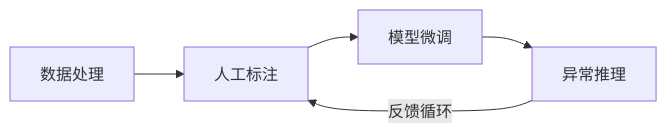
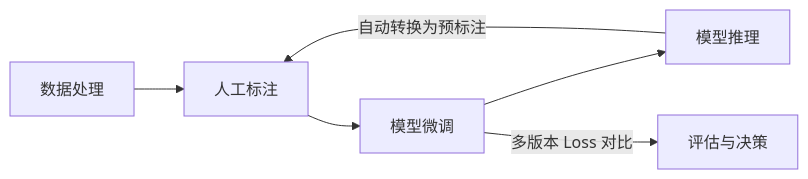
The diagram in docs/README.md (dff652/ts-iteration-loop), drawn with Mermaid before and after one commit. The commit also changed other lines of this file, not shown here.

````diff
--- a/docs/README.md
+++ b/docs/README.md
@@ -11,7 +11,8 @@
 ```mermaid
 graph LR
     A[数据处理] --> B[人工标注]
     B --> C[模型微调]
-    C --> D[异常推理]
-    D -->|反馈循环| B
+    C --> D[模型推理]
+    D -->|自动转换为预标注| B
+    C -->|多版本 Loss 对比| E[评估与决策]
 ```
````
